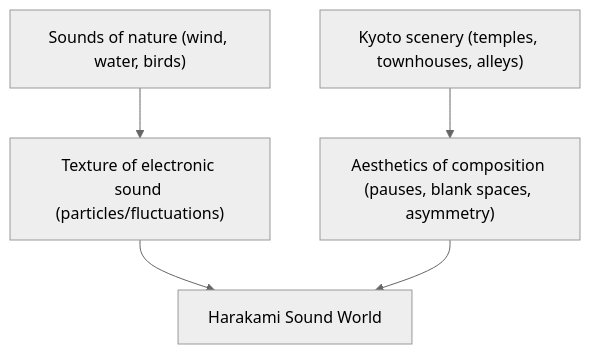
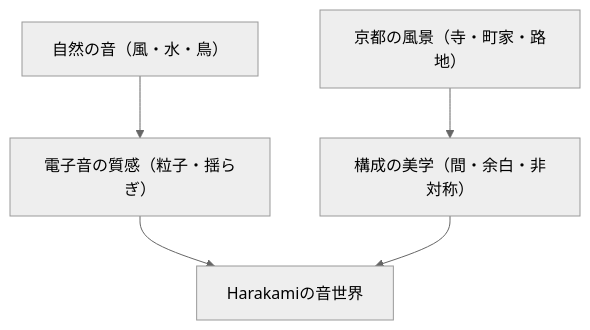
One commit to monumental-movement/monumental-movement.github.io changed the second of 2 diagrams in en/_posts/2025-10-29-column-rei-harakami.md. Above: the diagram before and after it, drawn with Mermaid (neutral theme). The commit also changed other lines of this file and 2196 other files, not shown here.

```diff
--- a/en/_posts/2025-10-29-column-rei-harakami.md
+++ b/en/_posts/2025-10-29-column-rei-harakami.md
@@ -173,9 +173,9 @@
 <div class="mermaid">
 
 graph TD
-    A["Sounds of nature (wind, water, birds)"] --> B["Texture of electronic sound (particles/fluctuations)"]
-    C["Kyoto scenery (temples, townhouses, alleys)"] --> D["Aesthetics of composition (pauses, blank spaces, asymmetry)"]
-    B --> E["Harakami Sound World"]
+    A["自然の音（風・水・鳥）"] --> B["電子音の質感（粒子・揺らぎ）"]
+    C["京都の風景（寺・町家・路地）"] --> D["構成の美学（間・余白・非対称）"]
+    B --> E["Harakamiの音世界"]
     D --> E
     
 </div>
```
